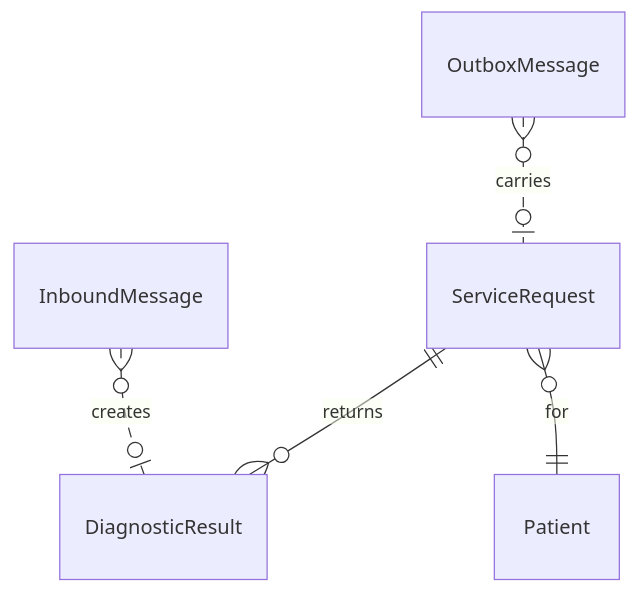
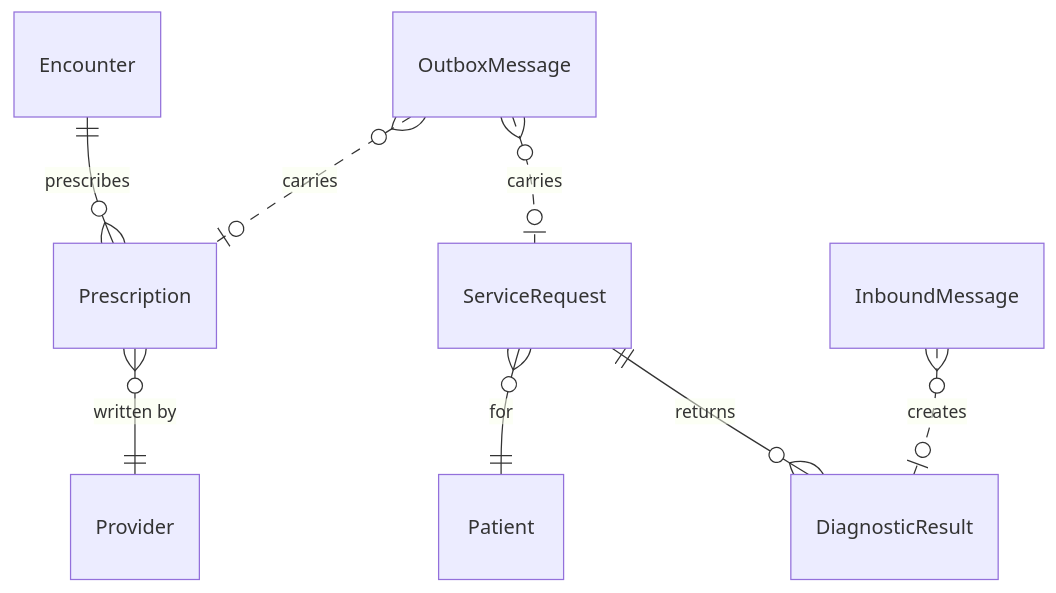
One commit to ArashKeshtgar/ClinicHub changed the fifth of 6 diagrams in docs/schema.md. Above: the diagram before and after it, drawn with Mermaid. The commit also changed other lines of this file and 19 other files, not shown here.

````diff
--- a/docs/schema.md
+++ b/docs/schema.md
@@ -129,7 +129,10 @@
 ```mermaid
 erDiagram
     ServiceRequest ||--o{ DiagnosticResult : returns
     ServiceRequest }o--|| Patient : for
     OutboxMessage }o..o| ServiceRequest : carries
+    Encounter ||--o{ Prescription : prescribes
+    Prescription }o--|| Provider : "written by"
+    OutboxMessage }o..o| Prescription : carries
     InboundMessage }o..o| DiagnosticResult : creates
 ```
````
